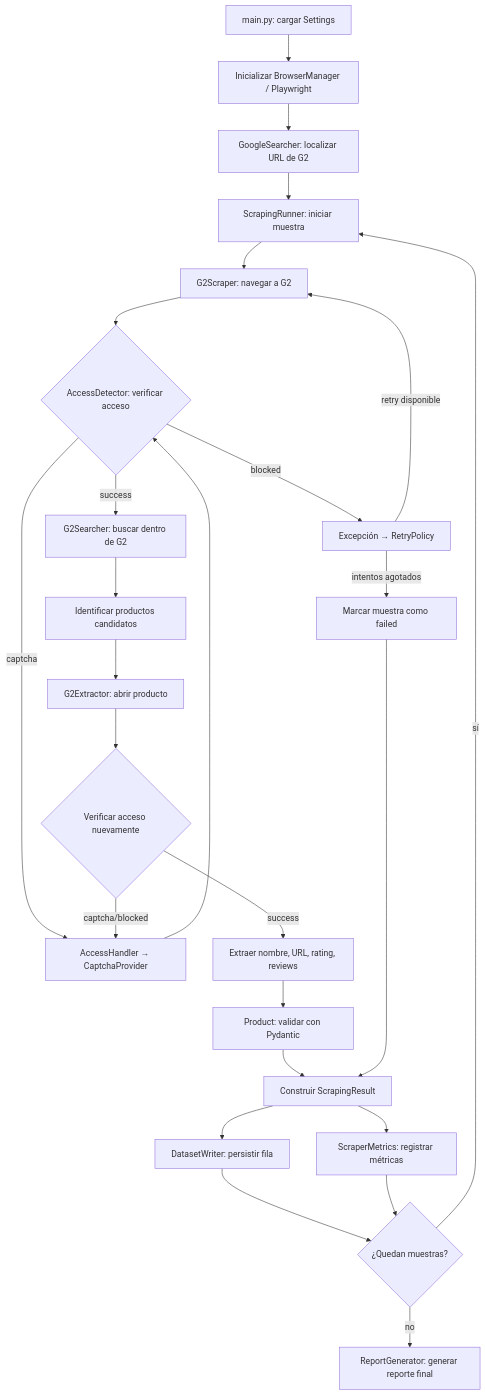
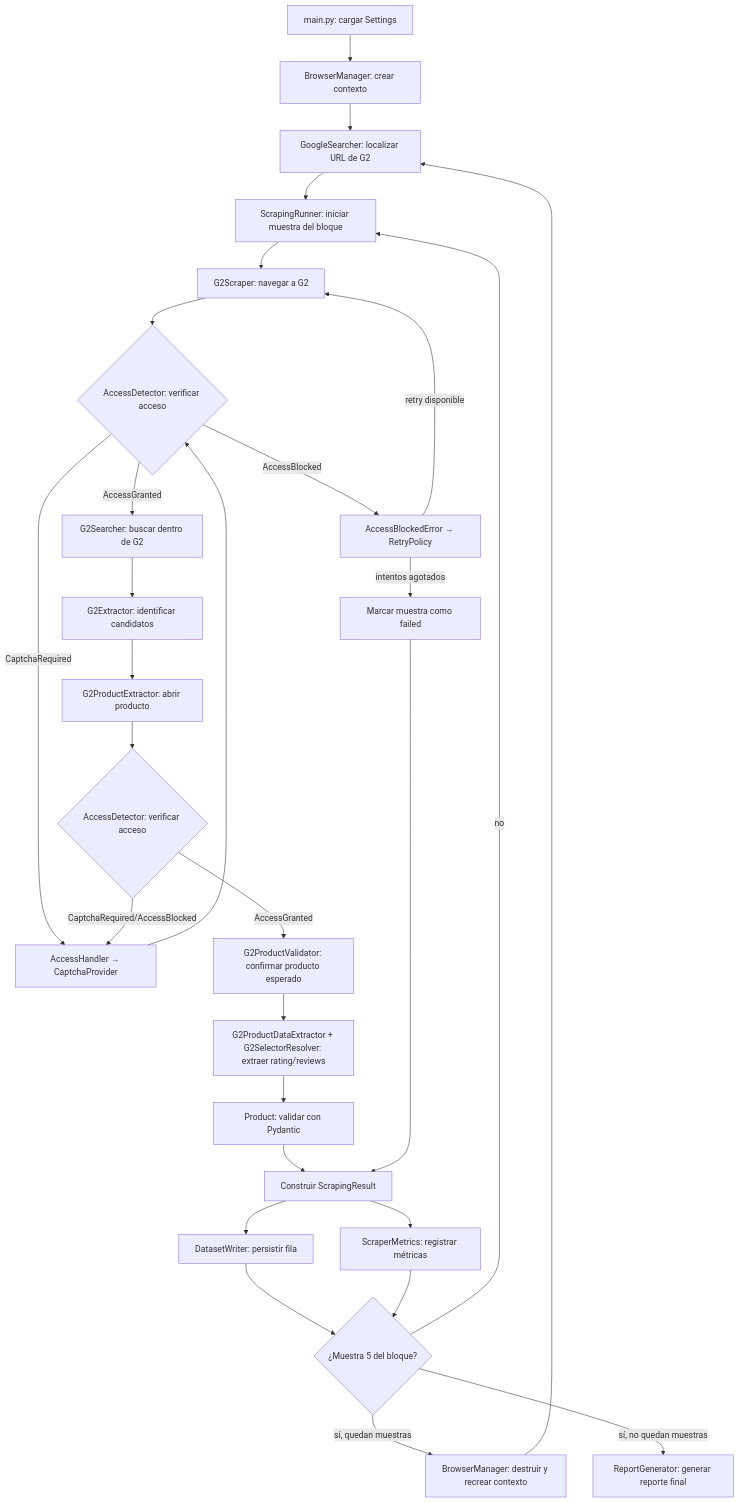
One commit to Jhelcy-Sandoval/prueba-tecnica-tusdatos changed the diagram in docs/scraping-flow.md. Above: the diagram before and after it, drawn with Mermaid. The commit also changed other lines of this file and 5 other files, not shown here.

````diff
--- a/docs/scraping-flow.md
+++ b/docs/scraping-flow.md
@@ -13,28 +13,31 @@
 ```mermaid
 flowchart TD
-    A[main.py: cargar Settings] --> B[Inicializar BrowserManager / Playwright]
+    A[main.py: cargar Settings] --> B[BrowserManager: crear contexto]
     B --> C[GoogleSearcher: localizar URL de G2]
-    C --> D[ScrapingRunner: iniciar muestra]
+    C --> D[ScrapingRunner: iniciar muestra del bloque]
     D --> E[G2Scraper: navegar a G2]
     E --> F{AccessDetector: verificar acceso}
-    F -->|success| G[G2Searcher: buscar dentro de G2]
-    F -->|captcha| H[AccessHandler → CaptchaProvider]
-    F -->|blocked| I[Excepción → RetryPolicy]
+    F -->|AccessGranted| G[G2Searcher: buscar dentro de G2]
+    F -->|CaptchaRequired| H[AccessHandler → CaptchaProvider]
+    F -->|AccessBlocked| I[AccessBlockedError → RetryPolicy]
     H --> F
     I -->|retry disponible| E
     I -->|intentos agotados| J[Marcar muestra como failed]
-    G --> K[Identificar productos candidatos]
-    K --> L[G2Extractor: abrir producto]
-    L --> M{Verificar acceso nuevamente}
-    M -->|success| N[Extraer nombre, URL, rating, reviews]
-    M -->|captcha/blocked| H
-    N --> O[Product: validar con Pydantic]
-    O --> P[Construir ScrapingResult]
-    J --> P
-    P --> Q[DatasetWriter: persistir fila]
-    P --> R[ScraperMetrics: registrar métricas]
-    Q --> S{¿Quedan muestras?}
-    R --> S
-    S -->|sí| D
-    S -->|no| T[ReportGenerator: generar reporte final]
+    G --> K[G2Extractor: identificar candidatos]
+    K --> L[G2ProductExtractor: abrir producto]
+    L --> M{AccessDetector: verificar acceso}
+    M -->|AccessGranted| N[G2ProductValidator: confirmar producto esperado]
+    M -->|CaptchaRequired/AccessBlocked| H
+    N --> O[G2ProductDataExtractor + G2SelectorResolver: extraer rating/reviews]
+    O --> P[Product: validar con Pydantic]
+    P --> Q[Construir ScrapingResult]
+    J --> Q
+    Q --> R[DatasetWriter: persistir fila]
+    Q --> S[ScraperMetrics: registrar métricas]
+    R --> T{¿Muestra 5 del bloque?}
+    S --> T
+    T -->|no| D
+    T -->|sí, quedan muestras| U[BrowserManager: destruir y recrear contexto]
+    U --> C
+    T -->|sí, no quedan muestras| V[ReportGenerator: generar reporte final]
 ```
````
